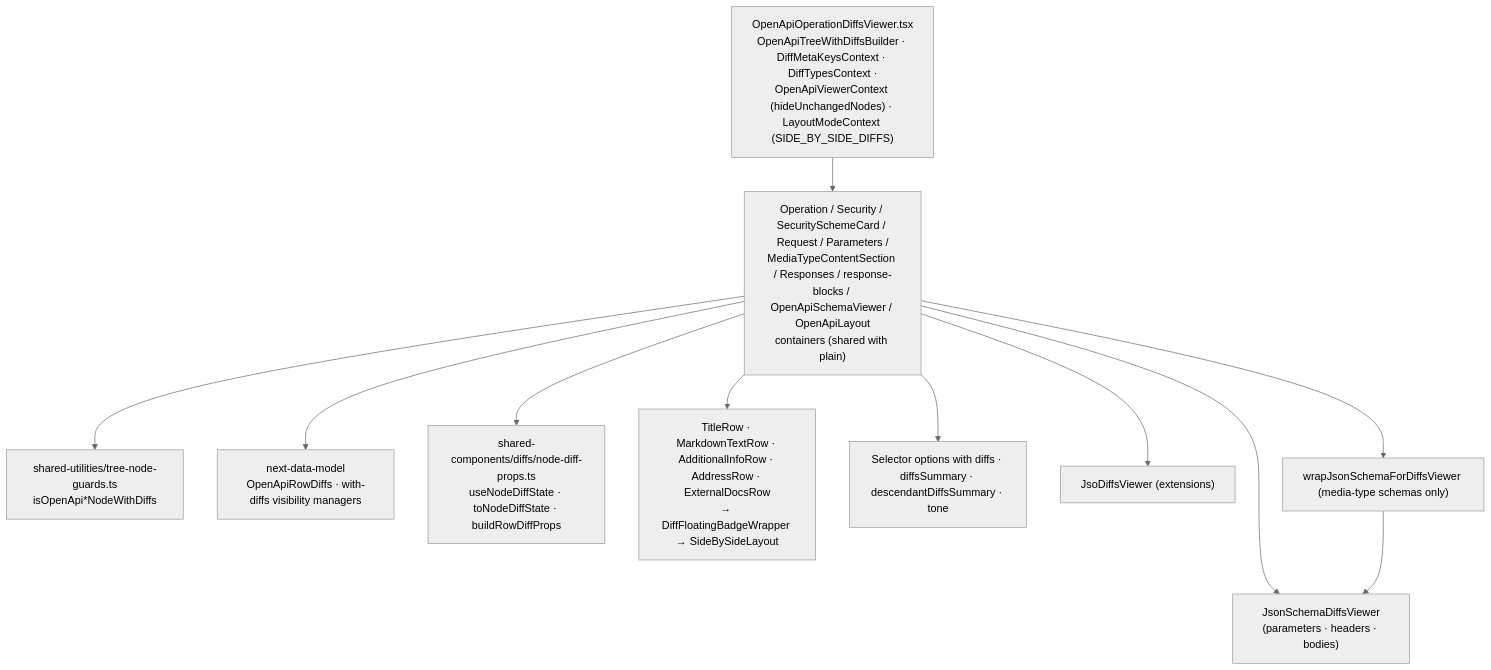
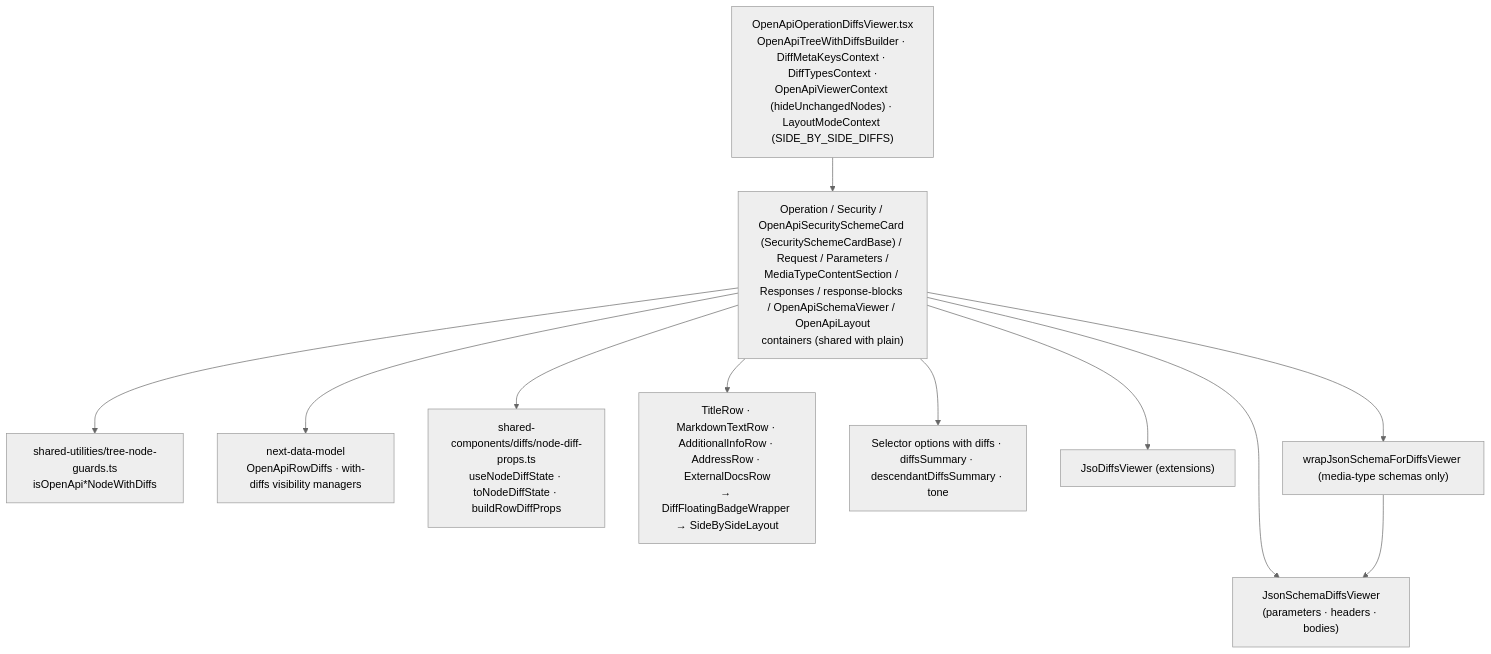
One commit to Netcracker/qubership-apihub-api-doc-viewer changed the diagram in docs/design/openapi/architecture/viewer-with-diffs.md. Above: the diagram before and after it, drawn with Mermaid (neutral theme). The commit also changed 193 other files, not shown here.

Commit message:
feat: `Security` section for `AsyncAPI`

````diff
--- a/docs/design/openapi/architecture/viewer-with-diffs.md
+++ b/docs/design/openapi/architecture/viewer-with-diffs.md
@@ -12,24 +12,24 @@
 ```mermaid
 flowchart TB
   RootD["OpenApiOperationDiffsViewer.tsx<br/>OpenApiTreeWithDiffsBuilder · DiffMetaKeysContext · DiffTypesContext ·<br/>OpenApiViewerContext (hideUnchangedNodes) · LayoutModeContext (SIDE_BY_SIDE_DIFFS)"]
-  Containers["Operation / Security / SecuritySchemeCard / Request / Parameters /<br/>MediaTypeContentSection / Responses / response-blocks / OpenApiSchemaViewer / OpenApiLayout<br/>containers (shared with plain)"]
+  Containers["Operation / Security / OpenApiSecuritySchemeCard (SecuritySchemeCardBase) / Request / Parameters /<br/>MediaTypeContentSection / Responses / response-blocks / OpenApiSchemaViewer / OpenApiLayout<br/>containers (shared with plain)"]
   Guards["shared-utilities/tree-node-guards.ts<br/>isOpenApi*NodeWithDiffs"]
   RowDiffs["next-data-model<br/>OpenApiRowDiffs · with-diffs visibility managers"]
   DiffState["shared-components/diffs/node-diff-props.ts<br/>useNodeDiffState · toNodeDiffState · buildRowDiffProps"]
   Rows["TitleRow · MarkdownTextRow · AdditionalInfoRow · AddressRow · ExternalDocsRow<br/>→ DiffFloatingBadgeWrapper → SideBySideLayout"]
   Selectors["Selector options with diffs · diffsSummary · descendantDiffsSummary · tone"]
   JsonSchemaD["JsonSchemaDiffsViewer<br/>(parameters · headers · bodies)"]
   JsoD["JsoDiffsViewer (extensions)"]
   Wrap["wrapJsonSchemaForDiffsViewer (media-type schemas only)"]
 
   RootD --> Containers
   Containers --> Guards
   Containers --> RowDiffs
   Containers --> DiffState
   Containers --> Rows
   Containers --> Selectors
   Containers --> Wrap
   Containers --> JsonSchemaD
   Wrap --> JsonSchemaD
   Containers --> JsoD
 ```
````
